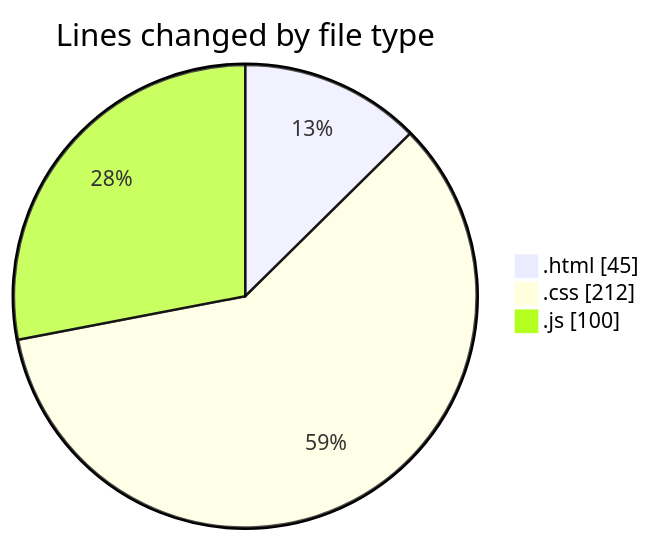
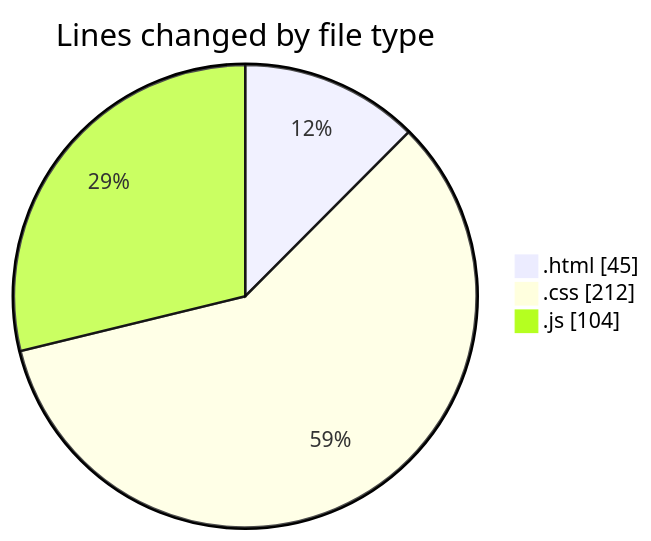
One commit to Ritupan-Deka/code-tracking changed the first of 2 diagrams in 2025-08-24/javascript/README.md. Above: the diagram before and after it, drawn with Mermaid. The commit also changed other lines of this file and 1 other file, not shown here.

````diff
--- a/2025-08-24/javascript/README.md
+++ b/2025-08-24/javascript/README.md
@@ -22,7 +22,7 @@
 ```mermaid
 pie showData
 title Lines changed by file type
 ".html" : 45
 ".css" : 212
-".js" : 100
+".js" : 104
 ```
````
